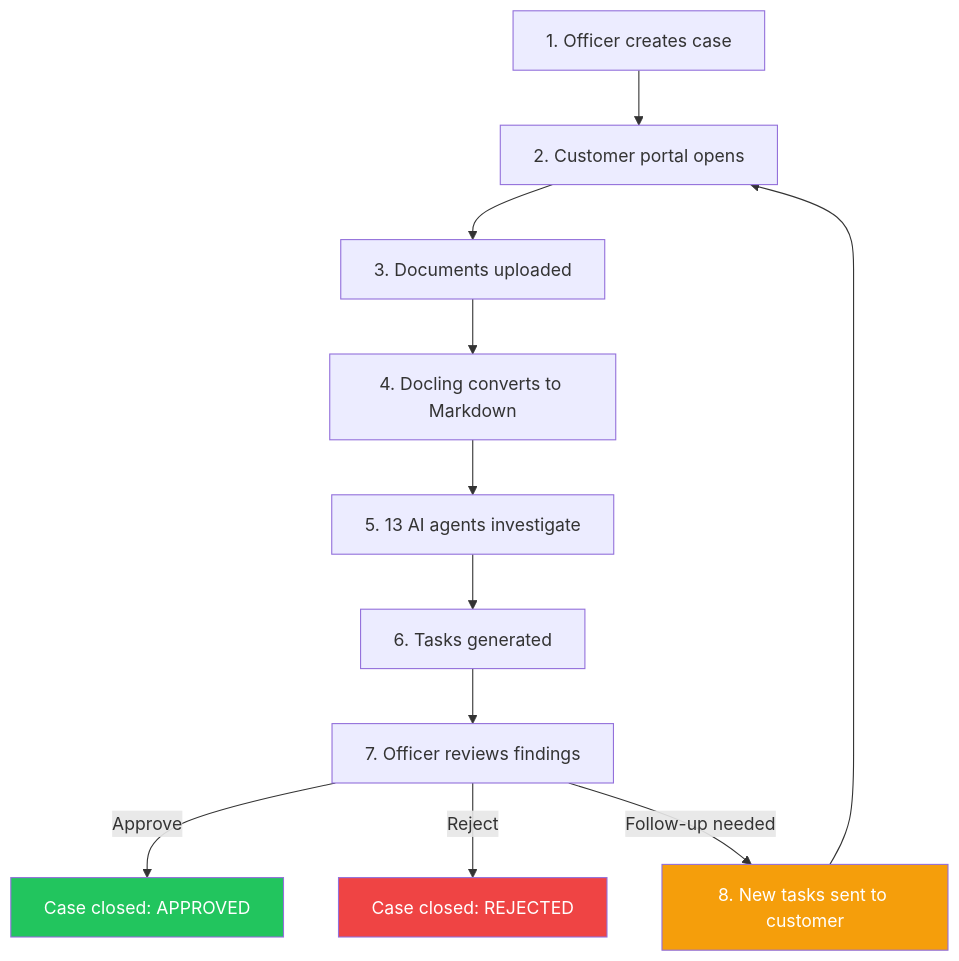
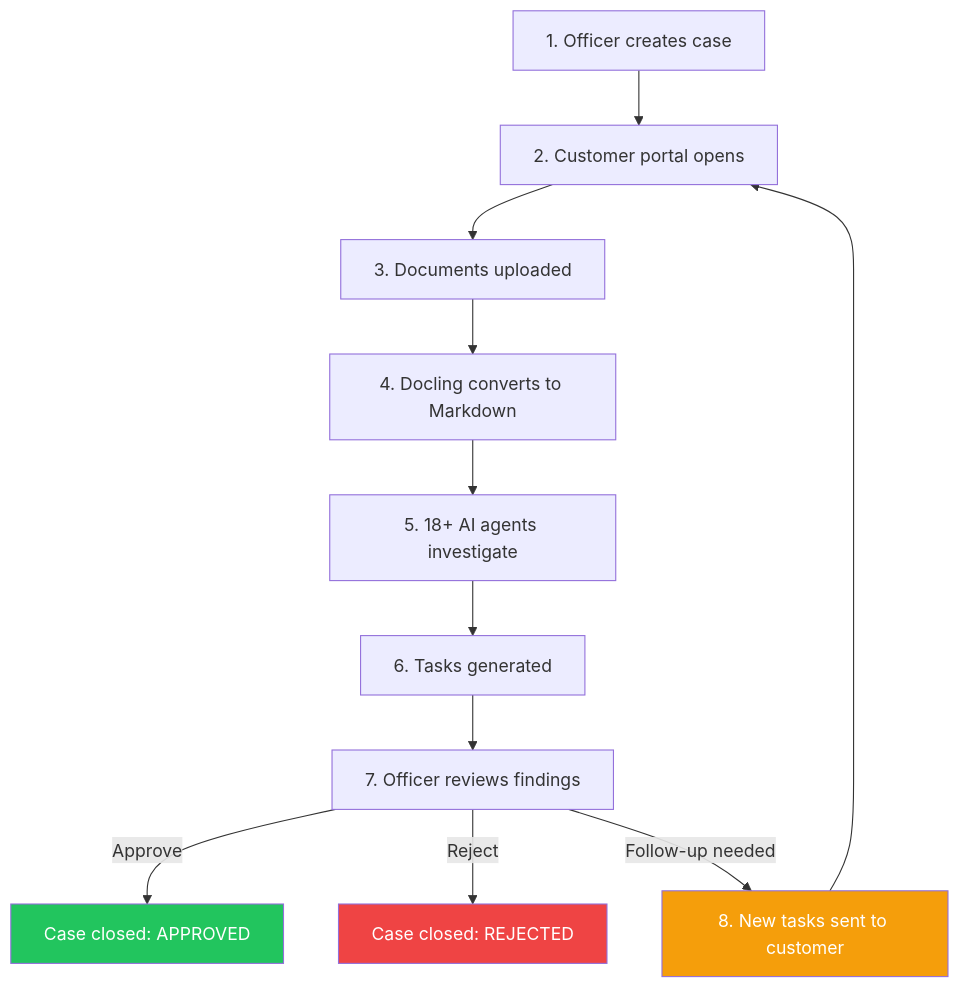
Before and after one commit to Tsunami-max/trust-relay-docs: the first of 2 diagrams in docs/why-trust-relay.md, drawn with Mermaid. The commit also changed other lines of this file and 46 other files, not shown here.

First line of the commit message:
docs: complete documentation overhaul — trust lifecycle vision, pillar architecture, regulatory compliance

````diff
--- a/docs/why-trust-relay.md
+++ b/docs/why-trust-relay.md
@@ -57,17 +61,17 @@
 ```mermaid
 graph TD
     A["1. Officer creates case"] --> B["2. Customer portal opens"]
     B --> C["3. Documents uploaded"]
     C --> D["4. Docling converts to Markdown"]
-    D --> E["5. 13 AI agents investigate"]
+    D --> E["5. 18+ AI agents investigate"]
     E --> F["6. Tasks generated"]
     F --> G["7. Officer reviews findings"]
     G -->|Approve| H["Case closed: APPROVED"]
     G -->|Reject| I["Case closed: REJECTED"]
     G -->|Follow-up needed| J["8. New tasks sent to customer"]
     J --> B
 
     style H fill:#22c55e,color:#fff
     style I fill:#ef4444,color:#fff
     style J fill:#f59e0b,color:#fff
 ```
````
